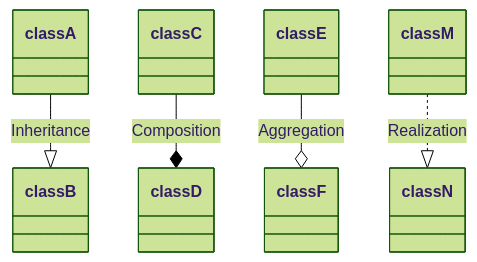
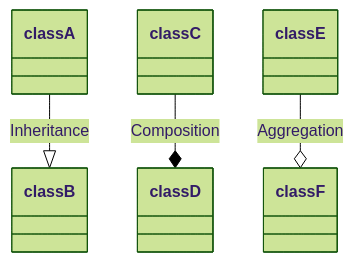
Before and after one commit to hei-synd-autb/autb-docs: the sixth of 9 diagrams in AutB_MOD_01_System_Engineering/README.md, drawn with Mermaid (forest theme). The commit also changed other lines of this file and 1 other file, not shown here.

````diff
--- a/AutB_MOD_01_System_Engineering/README.md
+++ b/AutB_MOD_01_System_Engineering/README.md
@@ -169,8 +232,7 @@
 ```mermaid
 classDiagram
 classA --|> classB : Inheritance
 classC --* classD : Composition
 classE --o classF : Aggregation
-classM ..|> classN : Realization
 
 ```
````
